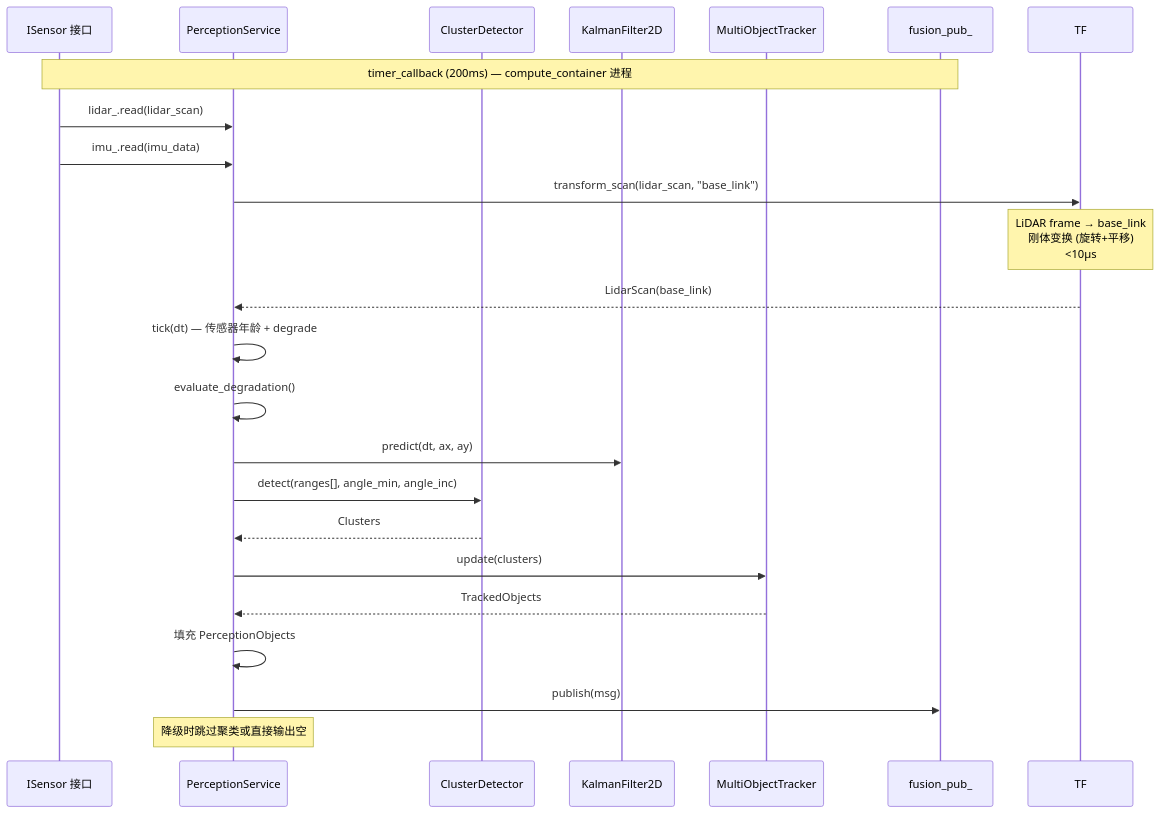
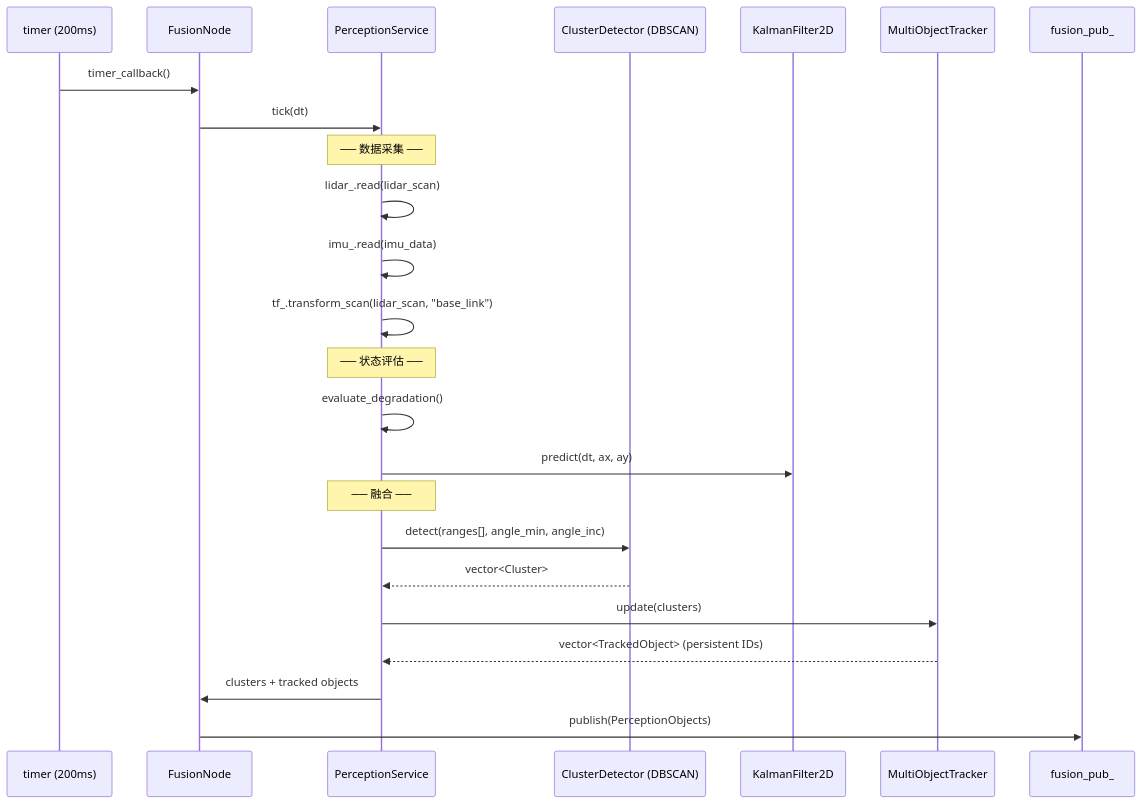
One commit to guang-lee-cn/ros2_robot_middleware changed the third of 3 diagrams in doc/subsystems/fusion-pipeline.md. Above: the diagram before and after it, drawn with Mermaid. The commit also changed other lines of this file and 7 other files, not shown here.

````diff
--- a/doc/subsystems/fusion-pipeline.md
+++ b/doc/subsystems/fusion-pipeline.md
@@ -17,31 +65,32 @@
 ```mermaid
 sequenceDiagram
-    participant HAL as ISensor 接口
+    participant Timer as timer (200ms)
+    participant FN as FusionNode
     participant PS as PerceptionService
-    participant DBSCAN as ClusterDetector
+    participant CD as ClusterDetector (DBSCAN)
     participant KF as KalmanFilter2D
-    participant TRACKER as MultiObjectTracker
+    participant TR as MultiObjectTracker
     participant DDS as fusion_pub_
 
-    Note over HAL,DDS: timer_callback (200ms) — compute_container 进程
+    Timer->>FN: timer_callback()
+    FN->>PS: tick(dt)
 
-    HAL->>PS: lidar_.read(lidar_scan)
-    HAL->>PS: imu_.read(imu_data)
-    PS->>TF: transform_scan(lidar_scan, "base_link")
-    Note over TF: LiDAR frame → base_link<br/>刚体变换 (旋转+平移)<br/><10μs
-    TF-->>PS: LidarScan(base_link)
-    PS->>PS: tick(dt) — 传感器年龄 + degrade
+    Note over PS: ── 数据采集 ──
+    PS->>PS: lidar_.read(lidar_scan)
+    PS->>PS: imu_.read(imu_data)
+    PS->>PS: tf_.transform_scan(lidar_scan, "base_link")
+
+    Note over PS: ── 状态评估 ──
     PS->>PS: evaluate_degradation()
+    PS->>KF: predict(dt, ax, ay)
 
-    PS->>KF: predict(dt, ax, ay)
-    PS->>DBSCAN: detect(ranges[], angle_min, angle_inc)
-    DBSCAN-->>PS: Clusters
+    Note over PS: ── 融合 ──
+    PS->>CD: detect(ranges[], angle_min, angle_inc)
+    CD-->>PS: vector<Cluster>
 
-    PS->>TRACKER: update(clusters)
-    TRACKER-->>PS: TrackedObjects
+    PS->>TR: update(clusters)
+    TR-->>PS: vector<TrackedObject> (persistent IDs)
 
-    PS->>PS: 填充 PerceptionObjects
-    PS->>DDS: publish(msg)
-
-    Note over PS: 降级时跳过聚类或直接输出空
+    PS->>FN: clusters + tracked objects
+    FN->>DDS: publish(PerceptionObjects)
 ```
````
